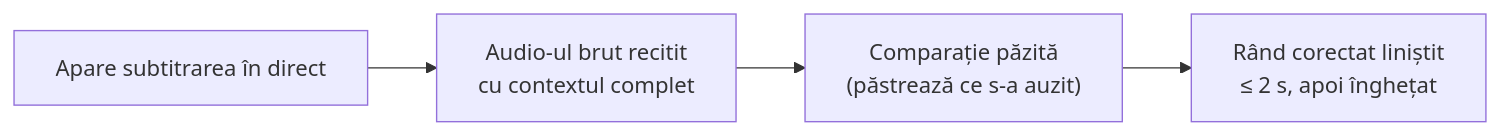
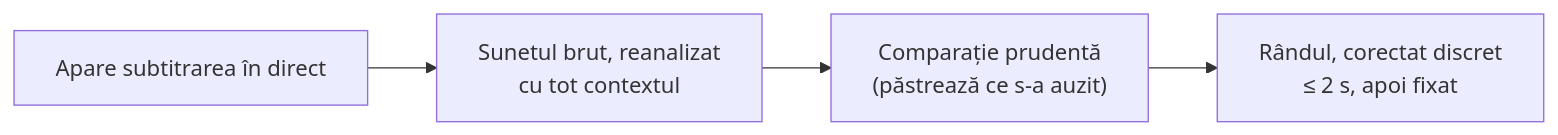
The third of 4 diagrams in README_ro.md (rpalm01-star/VigilantEarLegal), drawn with Mermaid before and after one commit. The commit also changed other lines of this file and 29 other files, not shown here.

````diff
--- a/README_ro.md
+++ b/README_ro.md
@@ -155,4 +157,4 @@
 ```mermaid
 graph LR
-    L["Apare subtitrarea în direct"] --> K["Audio-ul brut recitit<br/>cu contextul complet"] --> V["Comparație păzită<br/>(păstrează ce s-a auzit)"] --> W["Rând corectat liniștit<br/>≤ 2 s, apoi înghețat"]
+    L["Apare subtitrarea în direct"] --> K["Sunetul brut, reanalizat<br/>cu tot contextul"] --> V["Comparație prudentă<br/>(păstrează ce s-a auzit)"] --> W["Rândul, corectat discret<br/>≤ 2 s, apoi fixat"]
 ```
````
